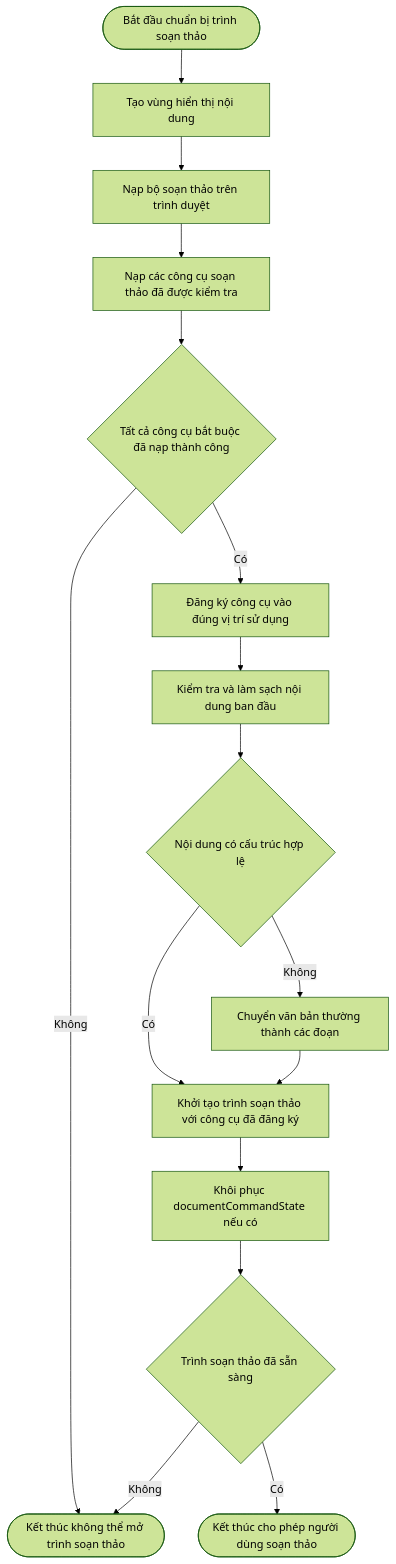
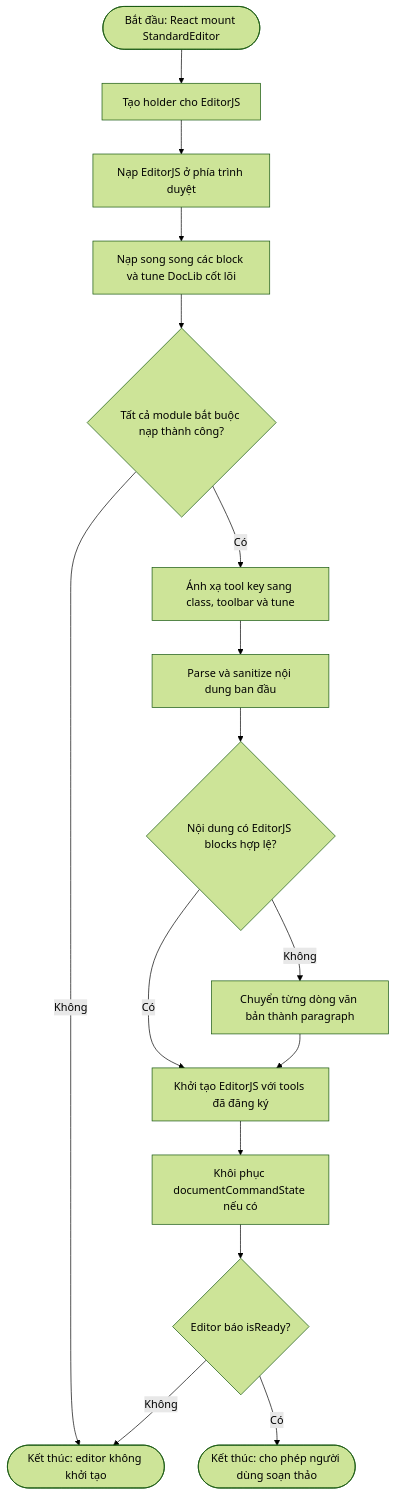
One commit to MinTruqday/dl changed the third of 10 diagrams in compilation_workflow_and_architecture_guide.md. Above: the diagram before and after it, drawn with Mermaid (forest theme). The commit also changed other lines of this file and 78 other files, not shown here.

````diff
--- a/compilation_workflow_and_architecture_guide.md
+++ b/compilation_workflow_and_architecture_guide.md
@@ -92,18 +72,18 @@
 ```mermaid
 flowchart TD
-    Start([Bắt đầu chuẩn bị trình soạn thảo]) --> CreateHolder[Tạo vùng hiển thị nội dung]
-    CreateHolder --> ImportEditor[Nạp bộ soạn thảo trên trình duyệt]
-    ImportEditor --> ImportTools[Nạp các công cụ soạn thảo đã được kiểm tra]
-    ImportTools --> ImportsOK{Tất cả công cụ bắt buộc đã nạp thành công}
-    ImportsOK -->|Không| InitError([Kết thúc không thể mở trình soạn thảo])
-    ImportsOK -->|Có| BuildToolMap[Đăng ký công cụ vào đúng vị trí sử dụng]
-    BuildToolMap --> ParseInitial[Kiểm tra và làm sạch nội dung ban đầu]
-    ParseInitial --> ValidJSON{Nội dung có cấu trúc hợp lệ}
-    ValidJSON -->|Không| ConvertText[Chuyển văn bản thường thành các đoạn]
-    ValidJSON -->|Có| CreateEditor[Khởi tạo trình soạn thảo với công cụ đã đăng ký]
+    Start([Bắt đầu: React mount StandardEditor]) --> CreateHolder[Tạo holder cho EditorJS]
+    CreateHolder --> ImportEditor[Nạp EditorJS ở phía trình duyệt]
+    ImportEditor --> ImportTools[Nạp song song các block và tune DocLib cốt lõi]
+    ImportTools --> ImportsOK{Tất cả module bắt buộc nạp thành công?}
+    ImportsOK -->|Không| InitError([Kết thúc: editor không khởi tạo])
+    ImportsOK -->|Có| BuildToolMap[Ánh xạ tool key sang class, toolbar và tune]
+    BuildToolMap --> ParseInitial[Parse và sanitize nội dung ban đầu]
+    ParseInitial --> ValidJSON{Nội dung có EditorJS blocks hợp lệ?}
+    ValidJSON -->|Không| ConvertText[Chuyển từng dòng văn bản thành paragraph]
+    ValidJSON -->|Có| CreateEditor[Khởi tạo EditorJS với tools đã đăng ký]
     ConvertText --> CreateEditor
     CreateEditor --> RestoreState[Khôi phục documentCommandState nếu có]
-    RestoreState --> Ready{Trình soạn thảo đã sẵn sàng}
+    RestoreState --> Ready{Editor báo isReady?}
     Ready -->|Không| InitError
-    Ready -->|Có| End([Kết thúc cho phép người dùng soạn thảo])
+    Ready -->|Có| End([Kết thúc: cho phép người dùng soạn thảo])
 ```
````
